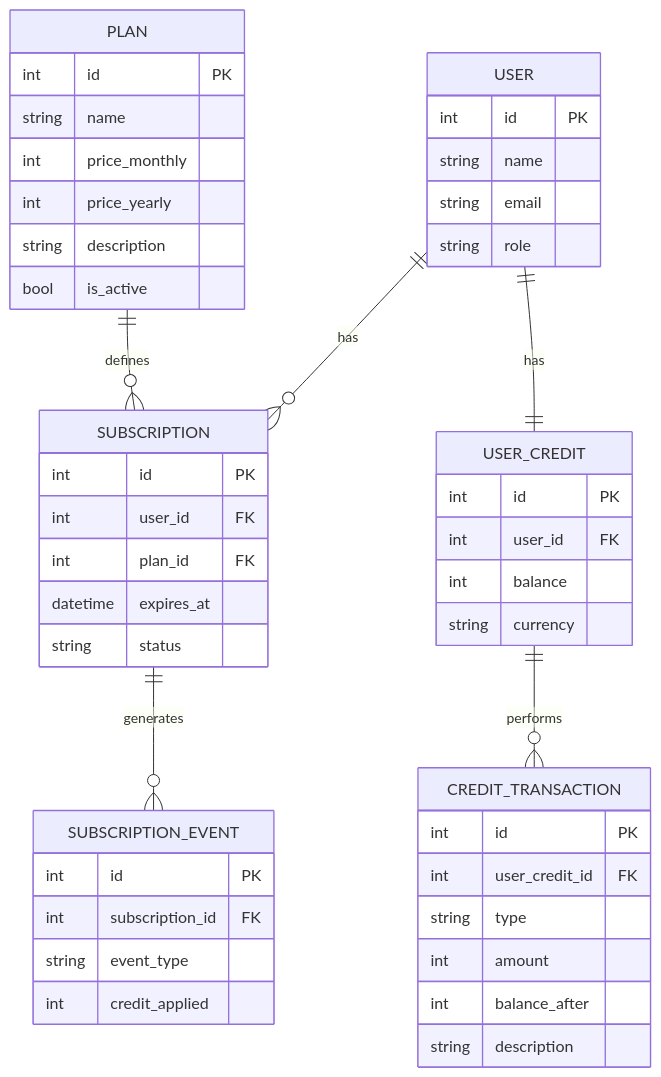
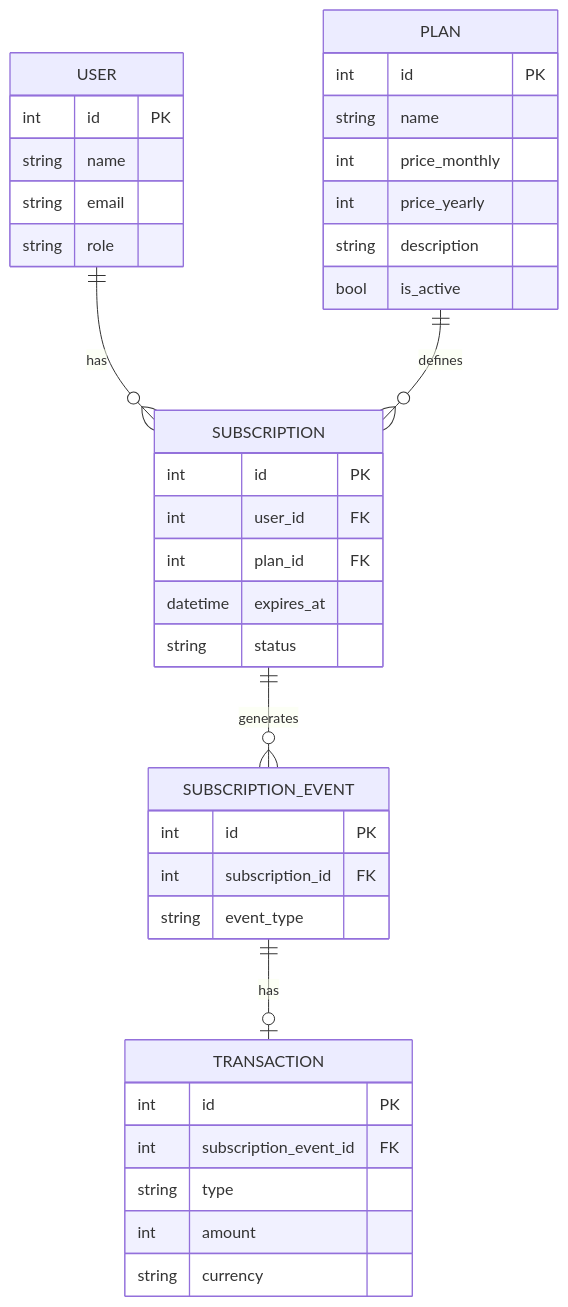
One commit to luidsonl/url-shortener-laravel-react changed the diagram in docs/ideas/ERD.md. Above: the diagram before and after it, drawn with Mermaid.

Commit message:
doc: update erd diagram - simplification

````diff
--- a/docs/ideas/ERD.md
+++ b/docs/ideas/ERD.md
@@ -1,55 +1,45 @@
 ```mermaid
 erDiagram
     USER ||--o{ SUBSCRIPTION : has
-    USER ||--|| USER_CREDIT : has
-    USER_CREDIT ||--o{ CREDIT_TRANSACTION : performs
     PLAN ||--o{ SUBSCRIPTION : defines
     SUBSCRIPTION ||--o{ SUBSCRIPTION_EVENT : generates
+    SUBSCRIPTION_EVENT ||--o| TRANSACTION : has
     
     USER {
         int id PK
         string name
         string email
         string role
     }
     
     PLAN {
         int id PK
         string name
         int price_monthly
         int price_yearly
         string description
         bool is_active
     }
     
     SUBSCRIPTION {
         int id PK
         int user_id FK
         int plan_id FK
         datetime expires_at
         string status
     }
     
-    USER_CREDIT {
-        int id PK
-        int user_id FK
-        int balance
-        string currency
-    }
-    
-    CREDIT_TRANSACTION {
-        int id PK
-        int user_credit_id FK
-        string type
-        int amount
-        int balance_after
-        string description
-    }
-    
     SUBSCRIPTION_EVENT {
         int id PK
         int subscription_id FK
         string event_type
-        int credit_applied
+    }
+
+    TRANSACTION {
+        int id PK
+        int subscription_event_id FK
+        string type
+        int amount
+        string currency
     }
 ```
````
